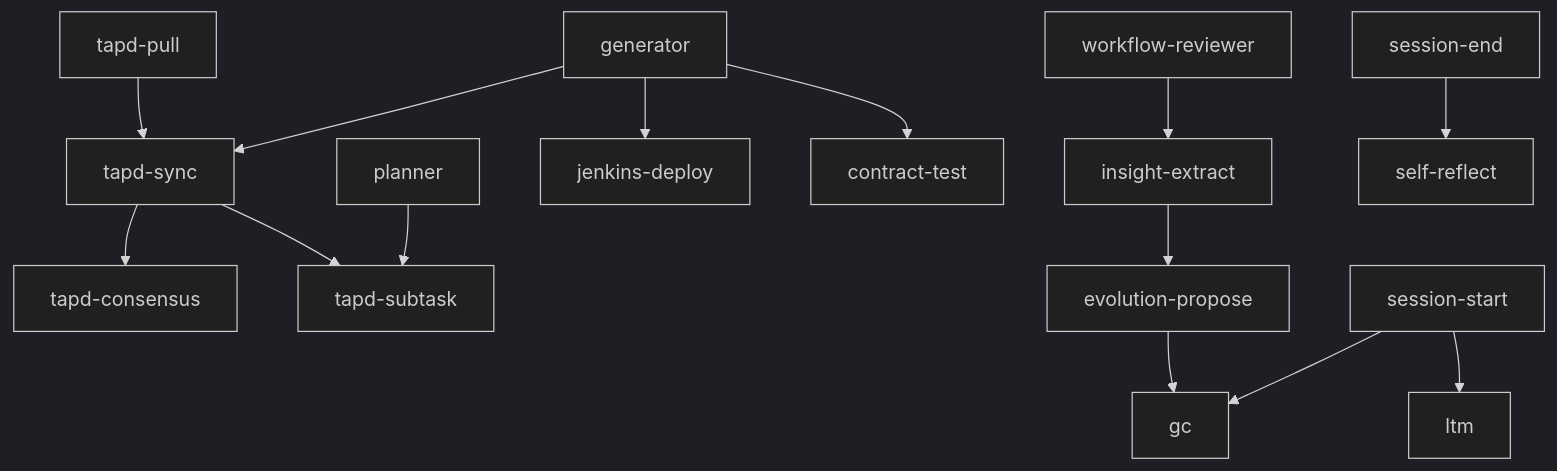
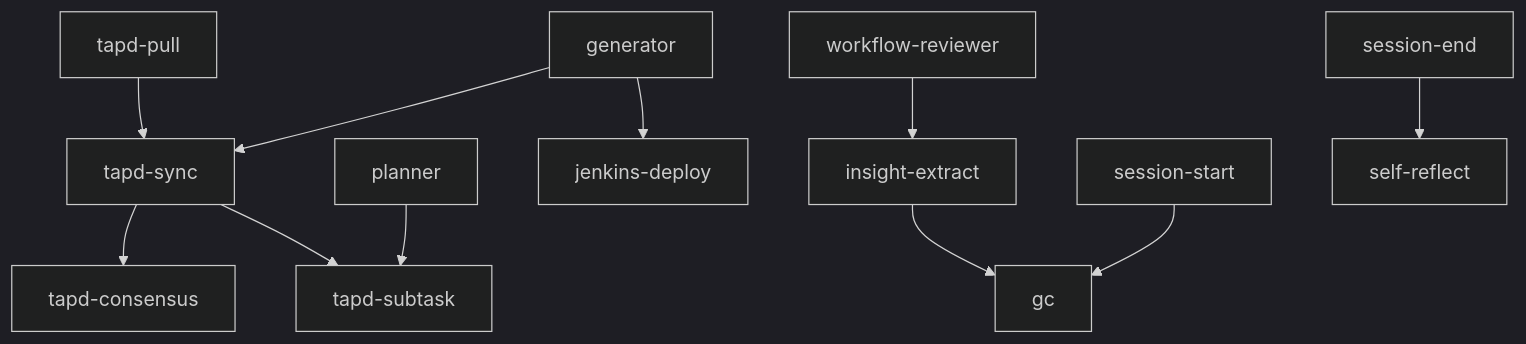
The diagram in .chatlabs/knowledge/tech/backend/modules/skills.md (dd-xiaozhi/dev-agent-flow), drawn with Mermaid (dark theme) before and after one commit. The commit also changed other lines of this file and 86 other files, not shown here.

````diff
--- a/.chatlabs/knowledge/tech/backend/modules/skills.md
+++ b/.chatlabs/knowledge/tech/backend/modules/skills.md
@@ -63,19 +57,16 @@
 ```mermaid
 flowchart TB
     TAPD_P[tapd-pull] --> TAPD_SYNC[tapd-sync]
     TAPD_SYNC --> TAPD_CON[tapd-consensus]
     TAPD_SYNC --> TAPD_SUB[tapd-subtask]
 
     PL[planner] --> TAPD_SUB
     GN[generator] --> TAPD_SYNC
     GN[generator] --> JD[jenkins-deploy]
-    GN[generator] --> CT[contract-test]
 
     WR[workflow-reviewer] --> IE[insight-extract]
-    IE --> EP[evolution-propose]
-    EP --> GC[gc]
+    IE --> GC[gc]
 
-    SS[session-start] --> LTM[ltm]
-    SS --> GC
+    SS[session-start] --> GC
     SE[session-end] --> SF[self-reflect]
 ```
````
